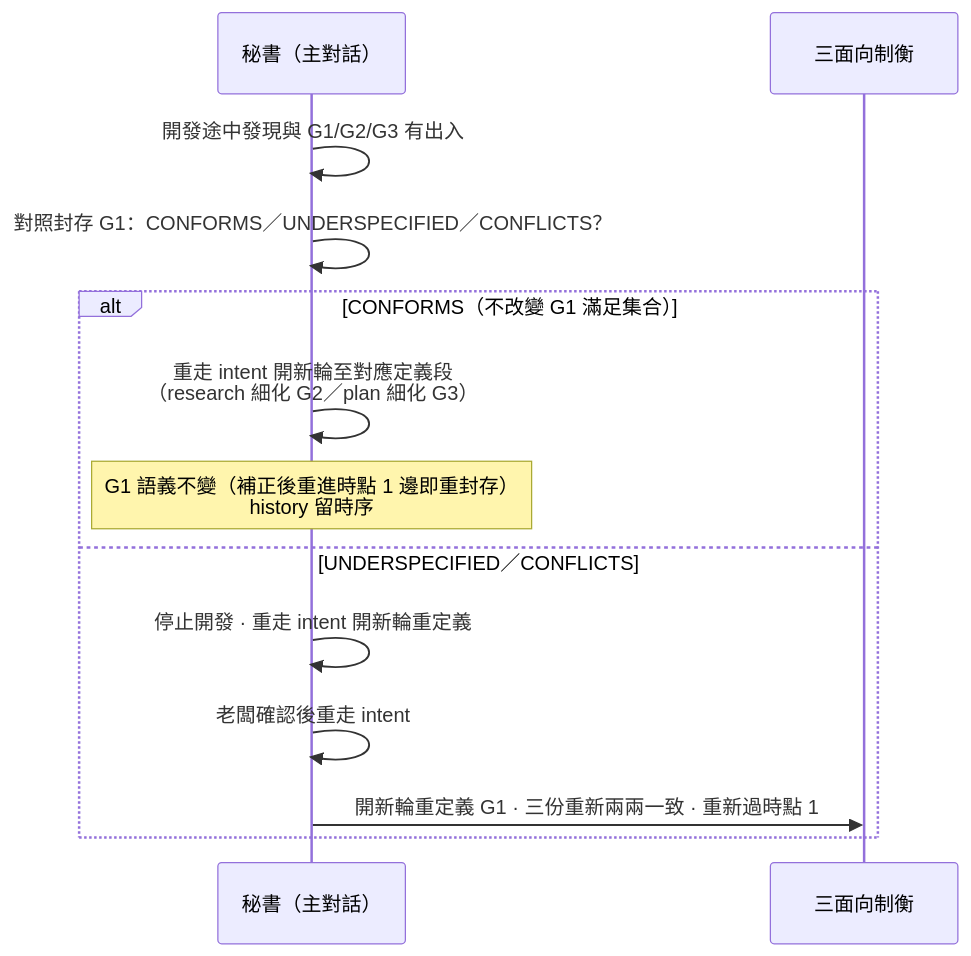
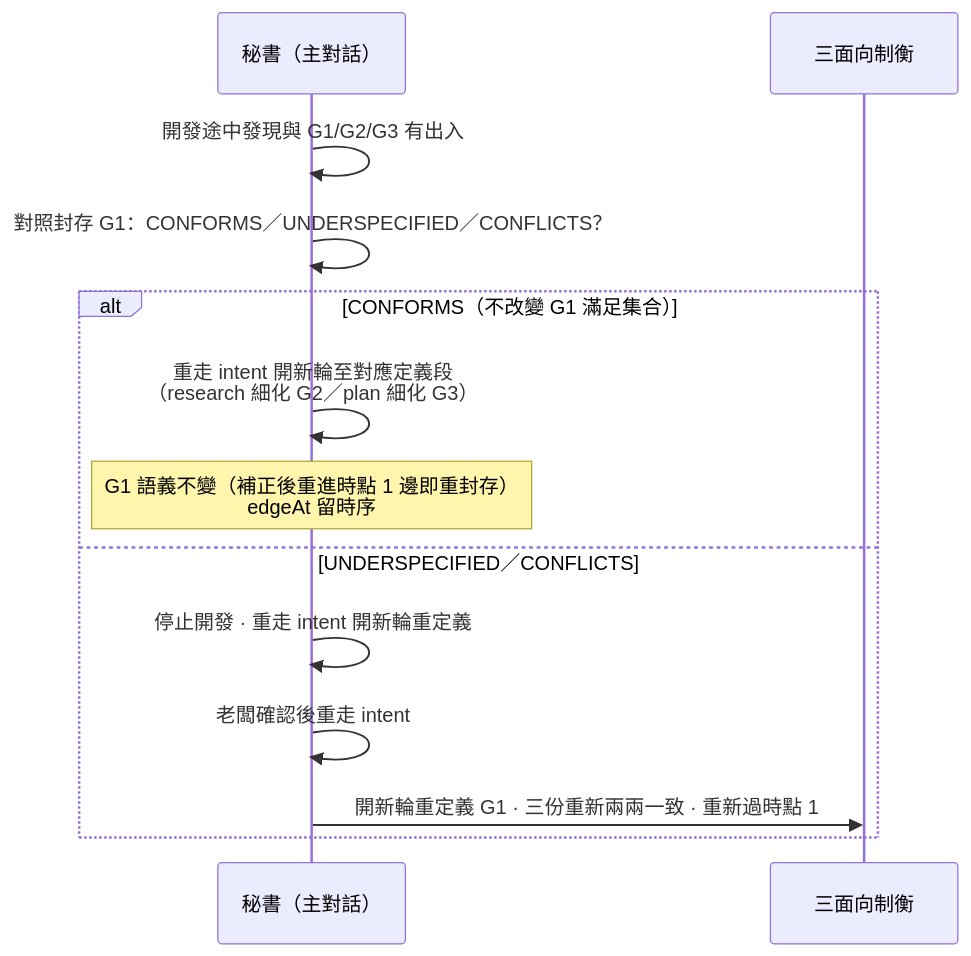
One commit to teps3105/shiftblame changed the first of 2 diagrams in skills/shiftblame/references/MECHANISMS.md. Above: the diagram before and after it, drawn with Mermaid. The commit also changed other lines of this file and 31 other files, not shown here.

````diff
--- a/skills/shiftblame/references/MECHANISMS.md
+++ b/skills/shiftblame/references/MECHANISMS.md
@@ -28,17 +28,17 @@
 ```mermaid
 sequenceDiagram
      participant SEC as 秘書（主對話）
      participant Consult as 三面向制衡
 
      SEC->>SEC: 開發途中發現與 G1/G2/G3 有出入
      SEC->>SEC: 對照封存 G1：CONFORMS／UNDERSPECIFIED／CONFLICTS？
 
      alt CONFORMS（不改變 G1 滿足集合）
          SEC->>SEC: 重走 intent 開新輪至對應定義段<br/>（research 細化 G2／plan 細化 G3）
-         Note over SEC: G1 語義不變（補正後重進時點 1 邊即重封存）<br/>history 留時序
+         Note over SEC: G1 語義不變（補正後重進時點 1 邊即重封存）<br/>edgeAt 留時序
      else UNDERSPECIFIED／CONFLICTS
          SEC->>SEC: 停止開發 · 重走 intent 開新輪重定義
          SEC->>SEC: 老闆確認後重走 intent
          SEC->>Consult: 開新輪重定義 G1 · 三份重新兩兩一致 · 重新過時點 1
      end
 ```
````
